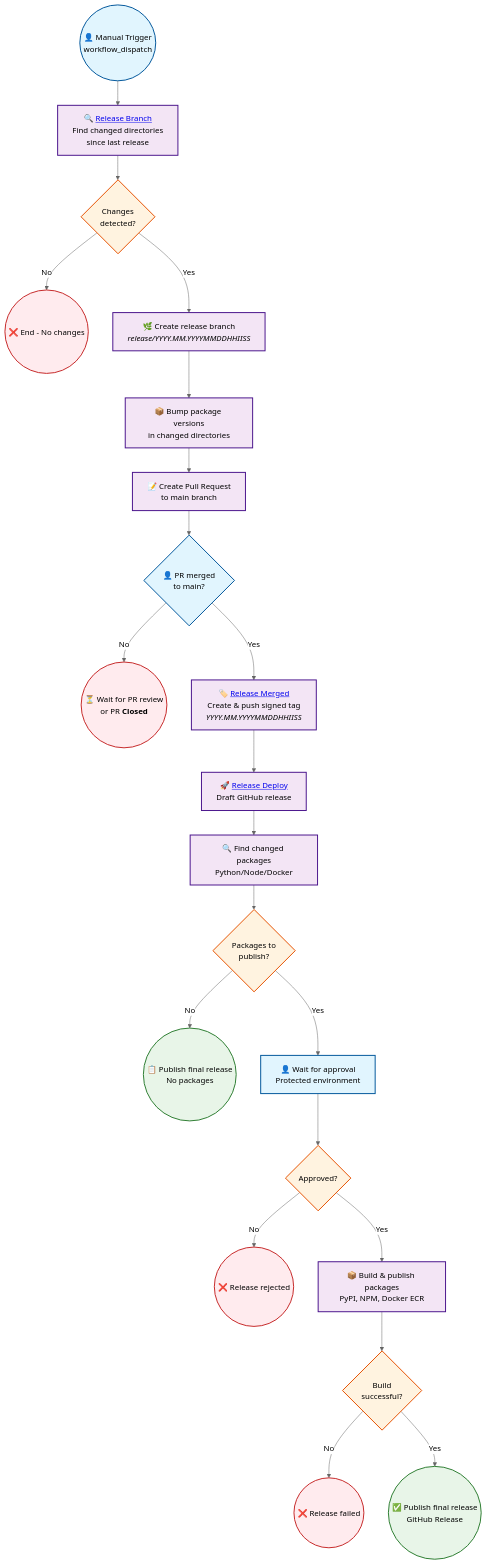
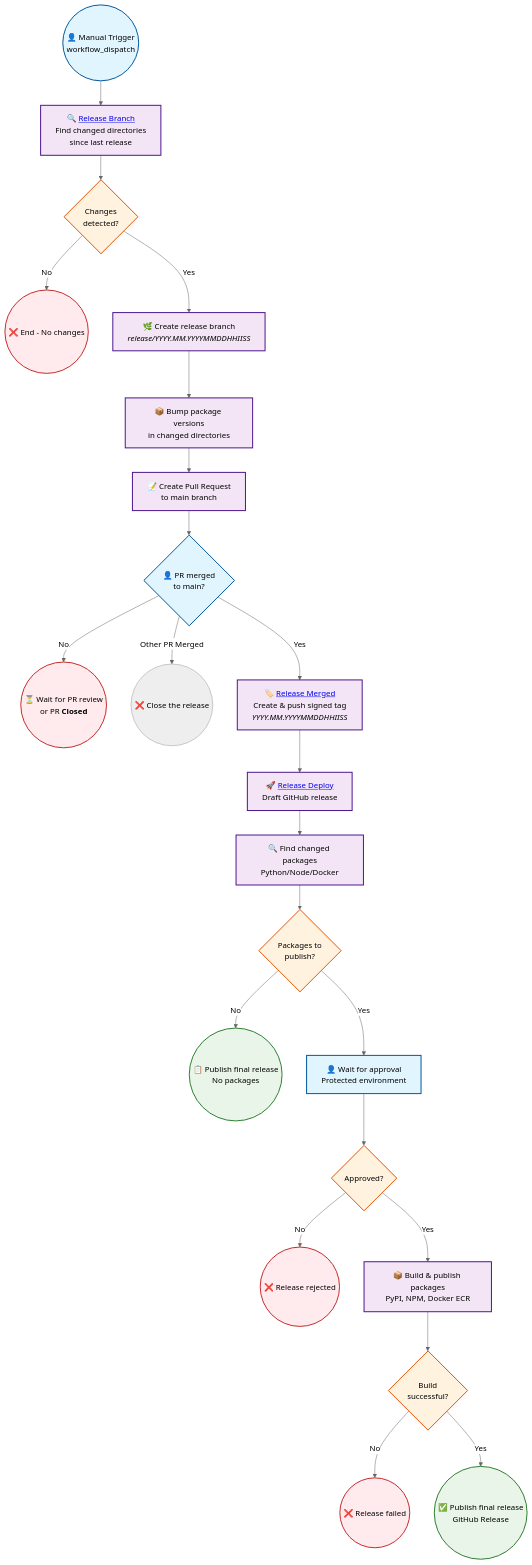
The diagram in .github/workflows/RELEASE_INSTRUCTIONS.md (tonygitworld/costq-mcp-servers), drawn with Mermaid (neutral theme) before and after one commit. The commit also changed 1 other file, not shown here.

Commit message:
feat: close the open release pull requests if merged to main (#1433)
* feat: close the open release pull requests if merged to main

* fix: condition to close release branches

* fix: conditions and permissions in release workflow

Updated conditions and permissions for closing release branches in GitHub Actions workflow.

* fix: comment formatting in PR close command

* Update comment syntax for closing PRs in workflow

* Fix formatting in RELEASE_INSTRUCTIONS.md

---------

````diff
--- a/.github/workflows/RELEASE_INSTRUCTIONS.md
+++ b/.github/workflows/RELEASE_INSTRUCTIONS.md
@@ -88,45 +88,45 @@
 ```mermaid
 flowchart TD
     A((👤 Manual Trigger<br/>workflow_dispatch)) --> B["🔍 <a href="https://github.com/awslabs/mcp/actions/workflows/release-initiate-branch.yml">Release Branch</a><br/>Find changed directories<br/>since last release"]
 
     B --> C{Changes<br/>detected?}
     C -->|No| D((❌ End - No changes))
     C -->|Yes| E["🌿 Create release branch<br/><i>release/YYYY.MM.YYYYMMDDHHIISS</i>"]
 
     E --> F[📦 Bump package versions<br/>in changed directories]
     F --> G[📝 Create Pull Request<br/>to main branch]
 
     G --> H{👤 PR merged<br/>to main?}
     H -->|No| I(("⏳ Wait for PR review<br />or PR <b>Closed</b>"))
-
+    H -->|Other PR Merged| V((❌ Close the release))
 
     H -->|Yes| J["🏷️ <a href="https://github.com/awslabs/mcp/actions/workflows/release-merge-tag.yml">Release Merged</a><br/>Create & push signed tag<br/><i>YYYY.MM.YYYYMMDDHHIISS</i>"]
 
     J --> K[🚀 <a href="https://github.com/awslabs/mcp/actions/workflows/release.yml">Release Deploy</a><br/>Draft GitHub release]
     K --> L[🔍 Find changed packages<br/>Python/Node/Docker]
 
     L --> M{Packages to<br/>publish?}
     M -->|No| N((📋 Publish final release<br />No packages))
     M -->|Yes| O[👤 Wait for approval<br/>Protected environment]
 
     O --> P{Approved?}
     P -->|No| Q((❌ Release rejected))
     P -->|Yes| R[📦 Build & publish packages<br/>PyPI, NPM, Docker ECR]
 
     R --> S{Build<br/>successful?}
     S -->|No| T((❌ Release failed))
     S -->|Yes| U((✅ Publish final release<br/>GitHub Release))
 
     %% Styling
     classDef manual fill:#e1f5fe,stroke:#01579b,stroke-width:2px
     classDef automated fill:#f3e5f5,stroke:#4a148c,stroke-width:2px
     classDef decision fill:#fff3e0,stroke:#e65100,stroke-width:2px
     classDef success fill:#e8f5e8,stroke:#2e7d32,stroke-width:2px
     classDef failure fill:#ffebee,stroke:#c62828,stroke-width:2px
 
     class A,H,O manual
     class B,E,F,G,J,K,L,R automated
     class C,M,P,S decision
     class N,U success
     class D,I,Q,T failure
 ```
````
